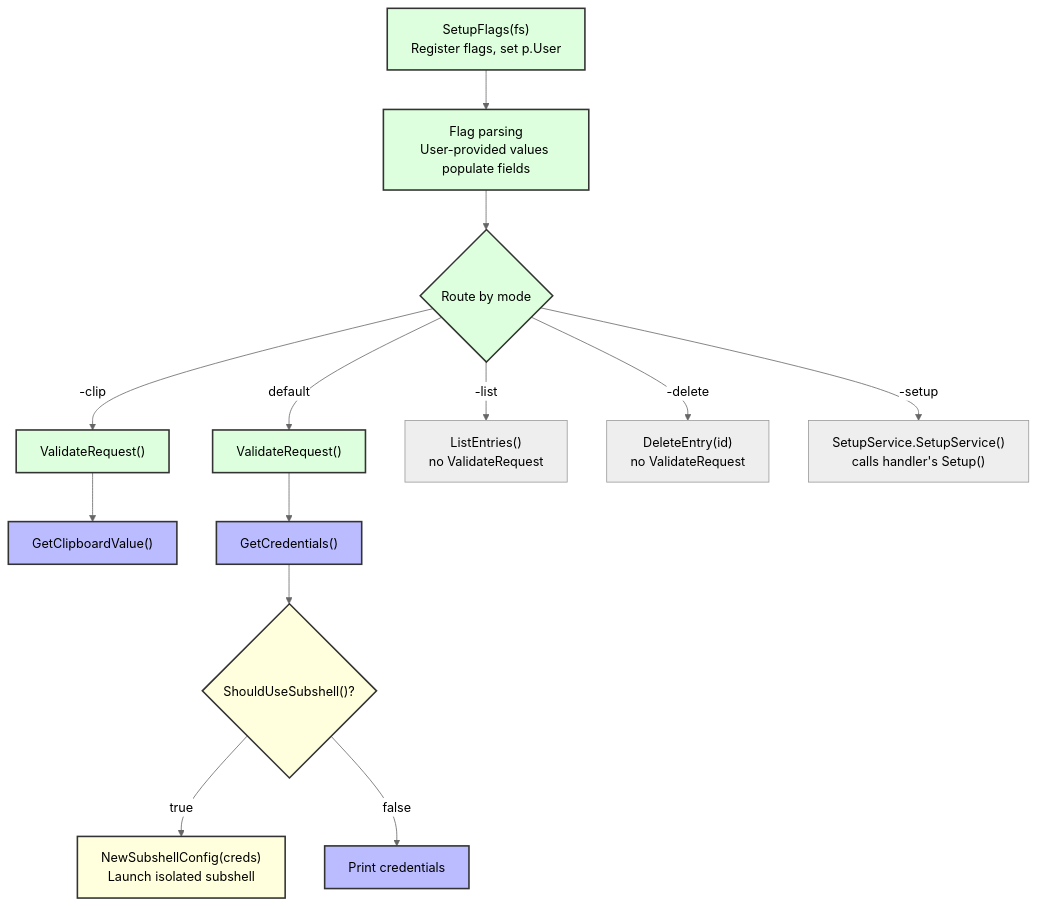
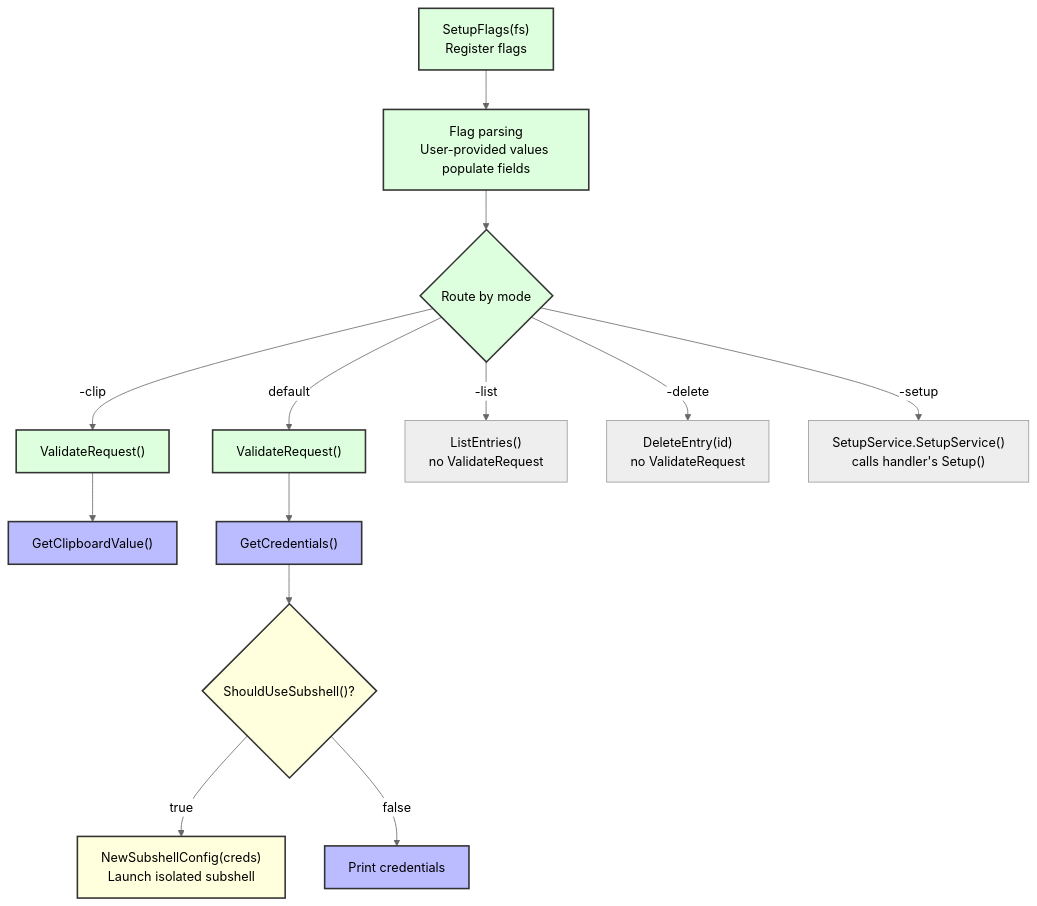
One commit to bashhack/sesh changed the diagram in docs/assets/provider-lifecycle.mermaid. Above: the diagram before and after it, drawn with Mermaid. The commit also changed 35 other files, not shown here.

```diff
--- a/docs/assets/provider-lifecycle.mermaid
+++ b/docs/assets/provider-lifecycle.mermaid
@@ -1,25 +1,25 @@
 %%{init: {'theme': 'neutral'}}%%
 flowchart TD
     classDef always fill:#dfd,stroke:#333,stroke-width:2px
     classDef mode fill:#bbf,stroke:#333,stroke-width:2px
     classDef optional fill:#ffd,stroke:#333,stroke-width:2px
     classDef skip fill:#eee,stroke:#999,stroke-width:1px
 
-    SF["SetupFlags(fs)<br>Register flags, set p.User"]:::always
+    SF["SetupFlags(fs)<br>Register flags"]:::always
     FP["Flag parsing<br>User-provided values populate fields"]:::always
 
     SF --> FP
     FP --> Route{"Route by mode"}:::always
 
     Route -->|"-clip"| VR1["ValidateRequest()"]:::always
     VR1 --> GCV["GetClipboardValue()"]:::mode
 
     Route -->|"default"| VR2["ValidateRequest()"]:::always
     VR2 --> GC["GetCredentials()"]:::mode
     GC --> Sub{"ShouldUseSubshell()?"}:::optional
     Sub -->|"true"| NSC["NewSubshellConfig(creds)<br>Launch isolated subshell"]:::optional
     Sub -->|"false"| Print["Print credentials"]:::mode
 
     Route -->|"-list"| LE["ListEntries()<br>no ValidateRequest"]:::skip
     Route -->|"-delete"| DE["DeleteEntry(id)<br>no ValidateRequest"]:::skip
     Route -->|"-setup"| Setup["SetupService.SetupService()<br>calls handler's Setup()"]:::skip
```
